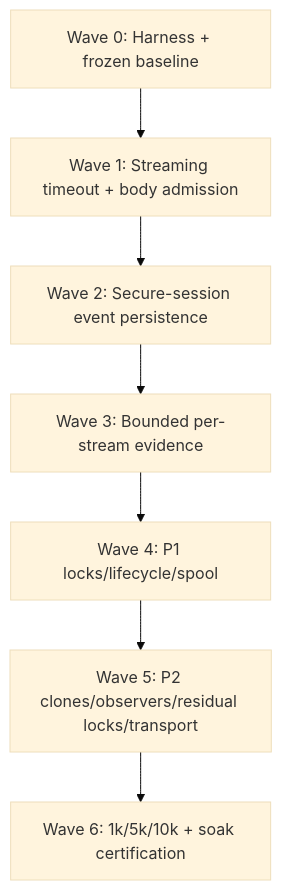
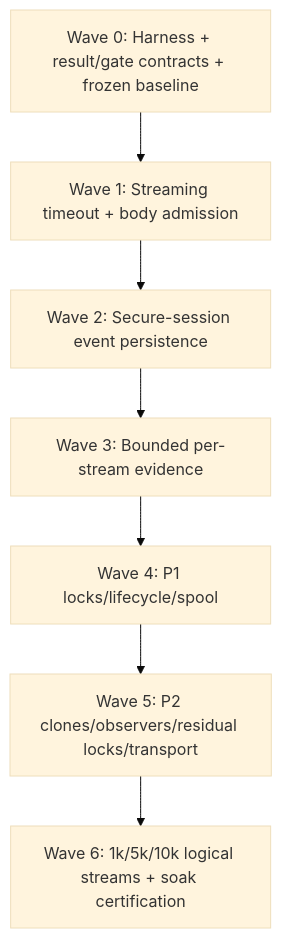
The second of 8 diagrams in .kiro/specs/high-concurrency-performance-hardening/design.md (matdev83/go-llm-interactive-proxy), drawn with Mermaid (base theme) before and after one commit. The commit also changed other lines of this file, not shown here.

Commit message:
spec(performance): harden scenario and certification design

````diff
--- a/.kiro/specs/high-concurrency-performance-hardening/design.md
+++ b/.kiro/specs/high-concurrency-performance-hardening/design.md
@@ -132,9 +139,9 @@
 ```mermaid
 flowchart TD
-    W0[Wave 0: Harness + frozen baseline] --> W1[Wave 1: Streaming timeout + body admission]
+    W0[Wave 0: Harness + result/gate contracts + frozen baseline] --> W1[Wave 1: Streaming timeout + body admission]
     W1 --> W2[Wave 2: Secure-session event persistence]
     W2 --> W3[Wave 3: Bounded per-stream evidence]
     W3 --> W4[Wave 4: P1 locks/lifecycle/spool]
     W4 --> W5[Wave 5: P2 clones/observers/residual locks/transport]
-    W5 --> W6[Wave 6: 1k/5k/10k + soak certification]
+    W5 --> W6[Wave 6: 1k/5k/10k logical streams + soak certification]
 ```
````
